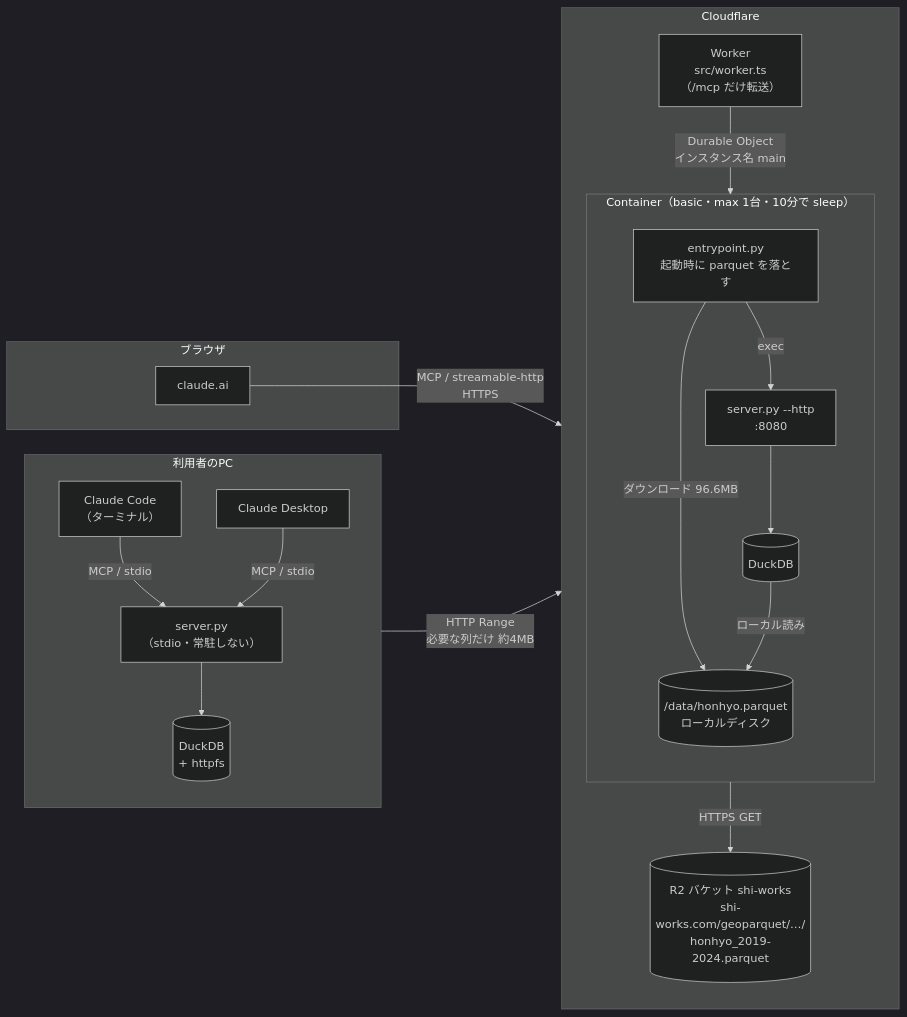
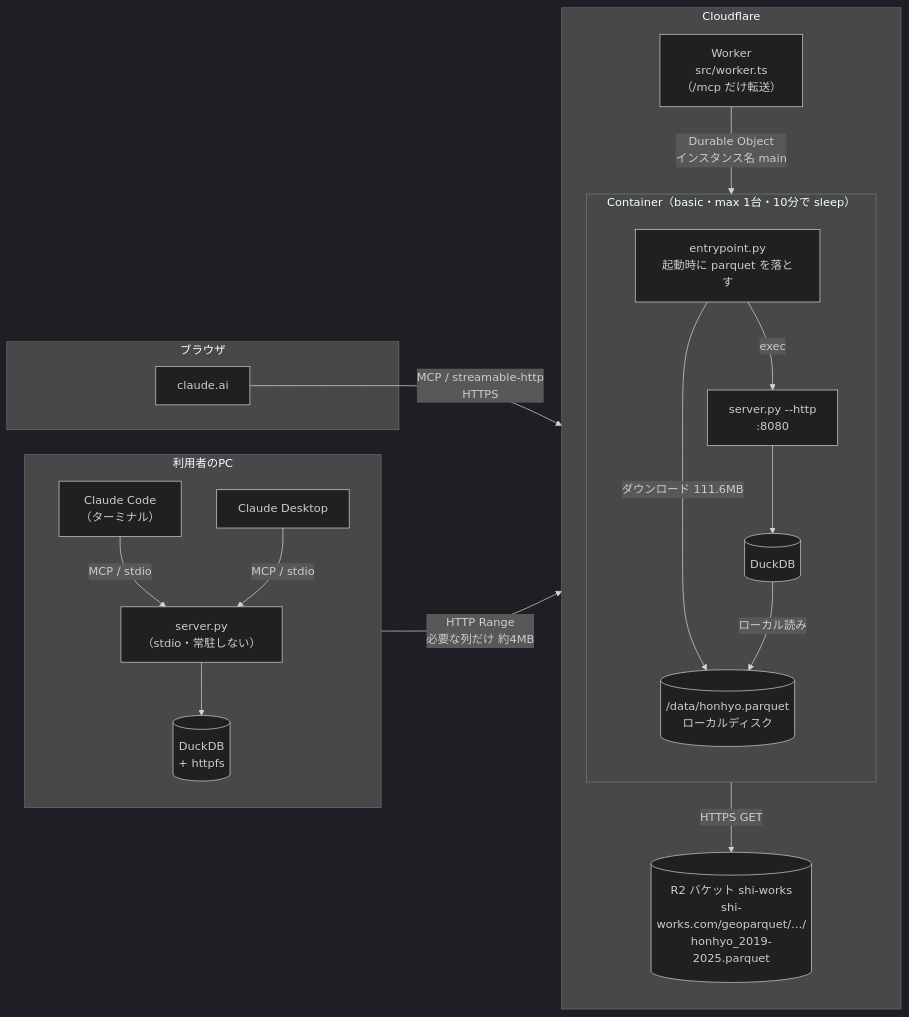
One commit to shiwaku/npa-traffic-accident-analytics changed the first of 3 diagrams in docs/ARCHITECTURE.md. Above: the diagram before and after it, drawn with Mermaid (dark theme). The commit also changed other lines of this file and 14 other files, not shown here.

````diff
--- a/docs/ARCHITECTURE.md
+++ b/docs/ARCHITECTURE.md
@@ -13,39 +13,39 @@
 ```mermaid
 flowchart LR
     subgraph local["利用者のPC"]
         direction TB
         cc["Claude Code<br/>（ターミナル）"]
         cd["Claude Desktop"]
         srvL["server.py<br/>（stdio・常駐しない）"]
         duckL[("DuckDB<br/>+ httpfs")]
         cc -- "MCP / stdio" --> srvL
         cd -- "MCP / stdio" --> srvL
         srvL --> duckL
     end
 
     subgraph browser["ブラウザ"]
         ai["claude.ai"]
     end
 
     subgraph cf["Cloudflare"]
         direction TB
         worker["Worker<br/>src/worker.ts<br/>（/mcp だけ転送）"]
         subgraph ctr["Container（basic・max 1台・10分で sleep）"]
             direction TB
             entry["entrypoint.py<br/>起動時に parquet を落とす"]
             disk[("/data/honhyo.parquet<br/>ローカルディスク")]
             srvR["server.py --http<br/>:8080"]
             duckR[("DuckDB")]
-            entry -- "ダウンロード 96.6MB" --> disk
+            entry -- "ダウンロード 111.6MB" --> disk
             entry -- "exec" --> srvR
             srvR --> duckR
             duckR -- "ローカル読み" --> disk
         end
-        r2[("R2 バケット shi-works<br/>shi-works.com/geoparquet/…/<br/>honhyo_2019-2024.parquet")]
+        r2[("R2 バケット shi-works<br/>shi-works.com/geoparquet/…/<br/>honhyo_2019-2025.parquet")]
         worker -- "Durable Object<br/>インスタンス名 main" --> srvR
     end
 
     ai -- "MCP / streamable-http<br/>HTTPS" --> worker
     duckL -- "HTTP Range<br/>必要な列だけ 約4MB" --> r2
     entry -- "HTTPS GET" --> r2
 ```
````
